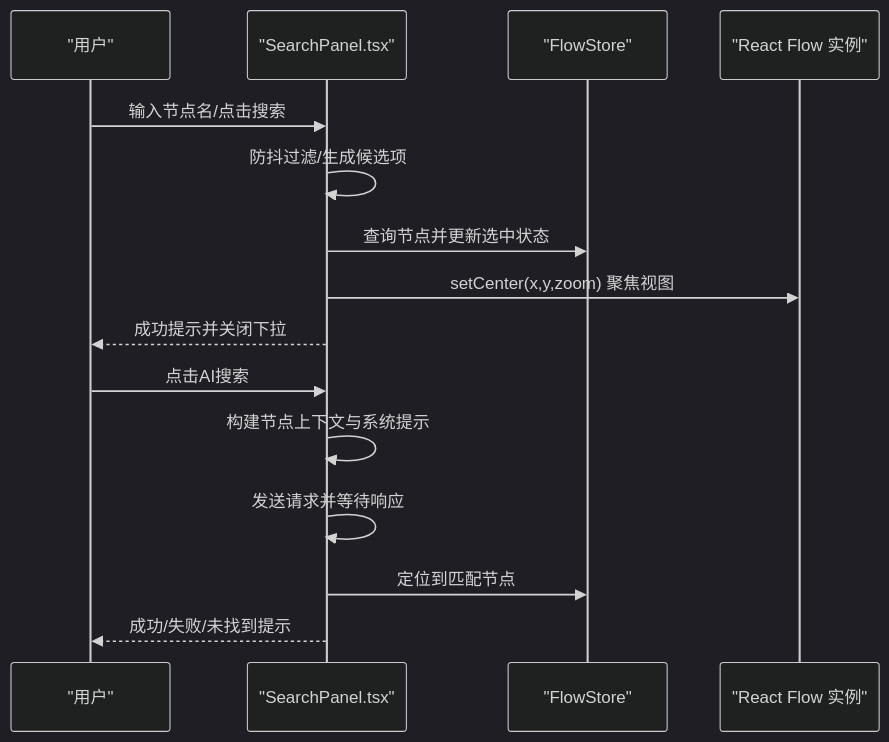
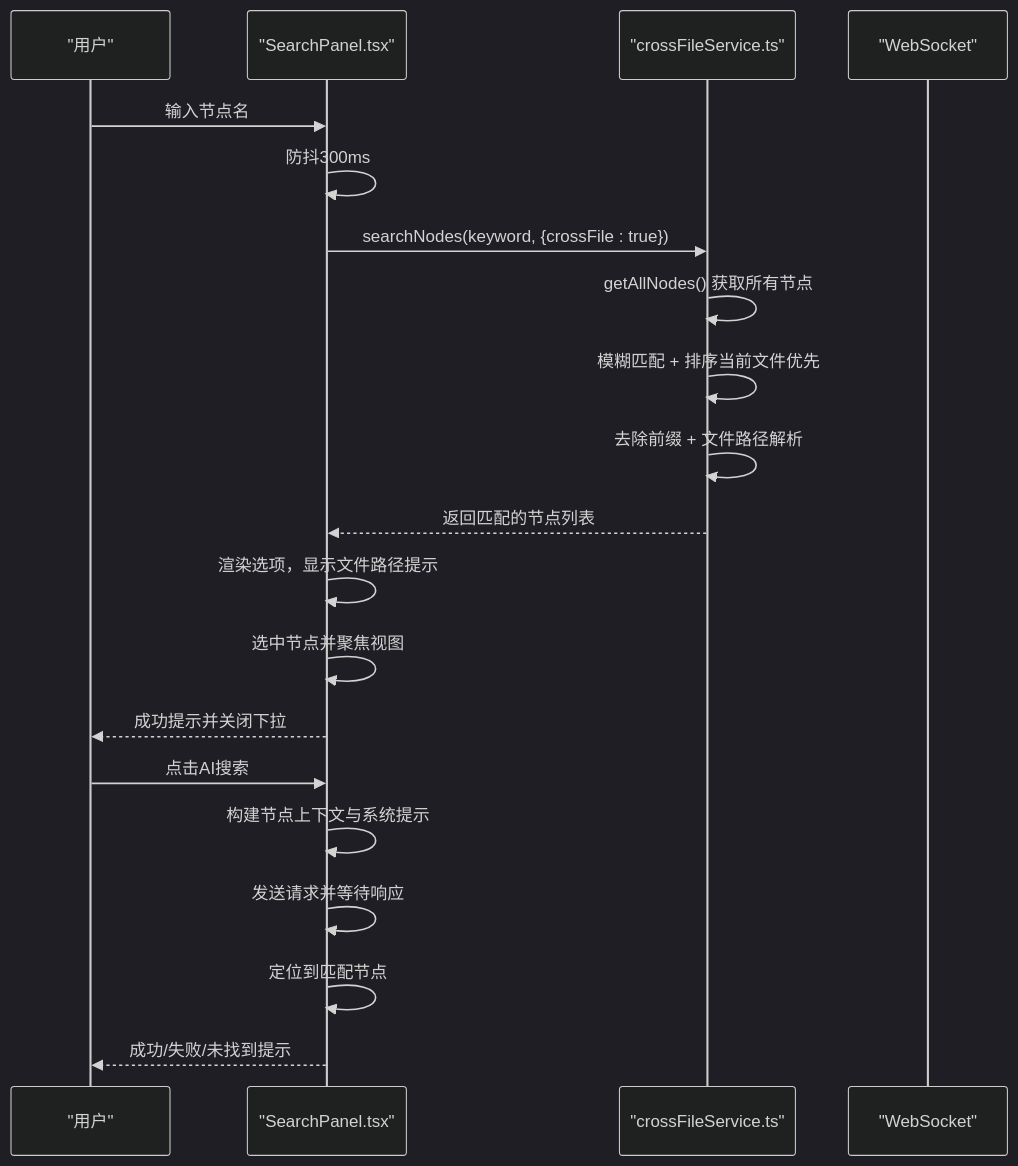
The fourth of 6 diagrams in .qoder/repowiki/zh/content/核心概念/工具/工具.md (kqcoxn/MaaPipelineEditor), drawn with Mermaid (dark theme) before and after one commit. The commit also changed other lines of this file and 6 other files, not shown here.

````diff
--- a/.qoder/repowiki/zh/content/核心概念/工具/工具.md
+++ b/.qoder/repowiki/zh/content/核心概念/工具/工具.md
@@ -304,17 +331,22 @@
 ```mermaid
 sequenceDiagram
 participant U as "用户"
 participant SP as "SearchPanel.tsx"
-participant FS as "FlowStore"
-participant RF as "React Flow 实例"
-U->>SP : 输入节点名/点击搜索
-SP->>SP : 防抖过滤/生成候选项
-SP->>FS : 查询节点并更新选中状态
-SP->>RF : setCenter(x,y,zoom) 聚焦视图
+participant CF as "crossFileService.ts"
+participant WS as "WebSocket"
+U->>SP : 输入节点名
+SP->>SP : 防抖300ms
+SP->>CF : searchNodes(keyword, {crossFile : true})
+CF->>CF : getAllNodes() 获取所有节点
+CF->>CF : 模糊匹配 + 排序当前文件优先
+CF->>CF : 去除前缀 + 文件路径解析
+CF-->>SP : 返回匹配的节点列表
+SP->>SP : 渲染选项，显示文件路径提示
+SP->>SP : 选中节点并聚焦视图
 SP-->>U : 成功提示并关闭下拉
 U->>SP : 点击AI搜索
 SP->>SP : 构建节点上下文与系统提示
 SP->>SP : 发送请求并等待响应
-SP->>FS : 定位到匹配节点
+SP->>SP : 定位到匹配节点
 SP-->>U : 成功/失败/未找到提示
 ```
````
